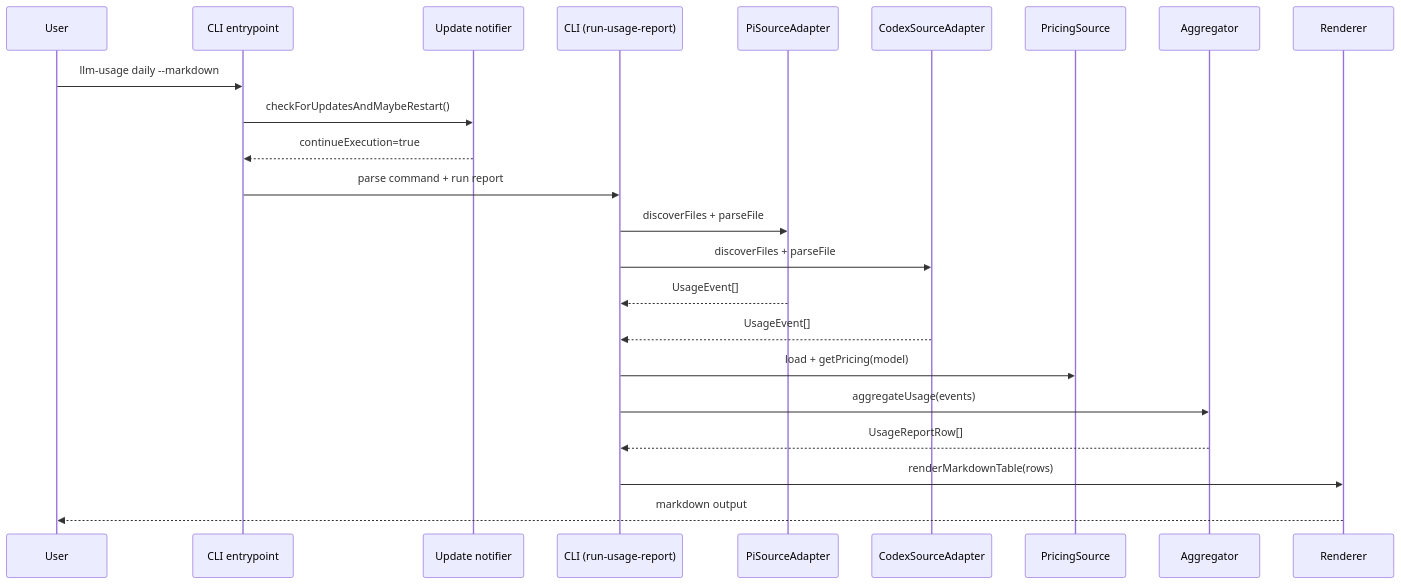
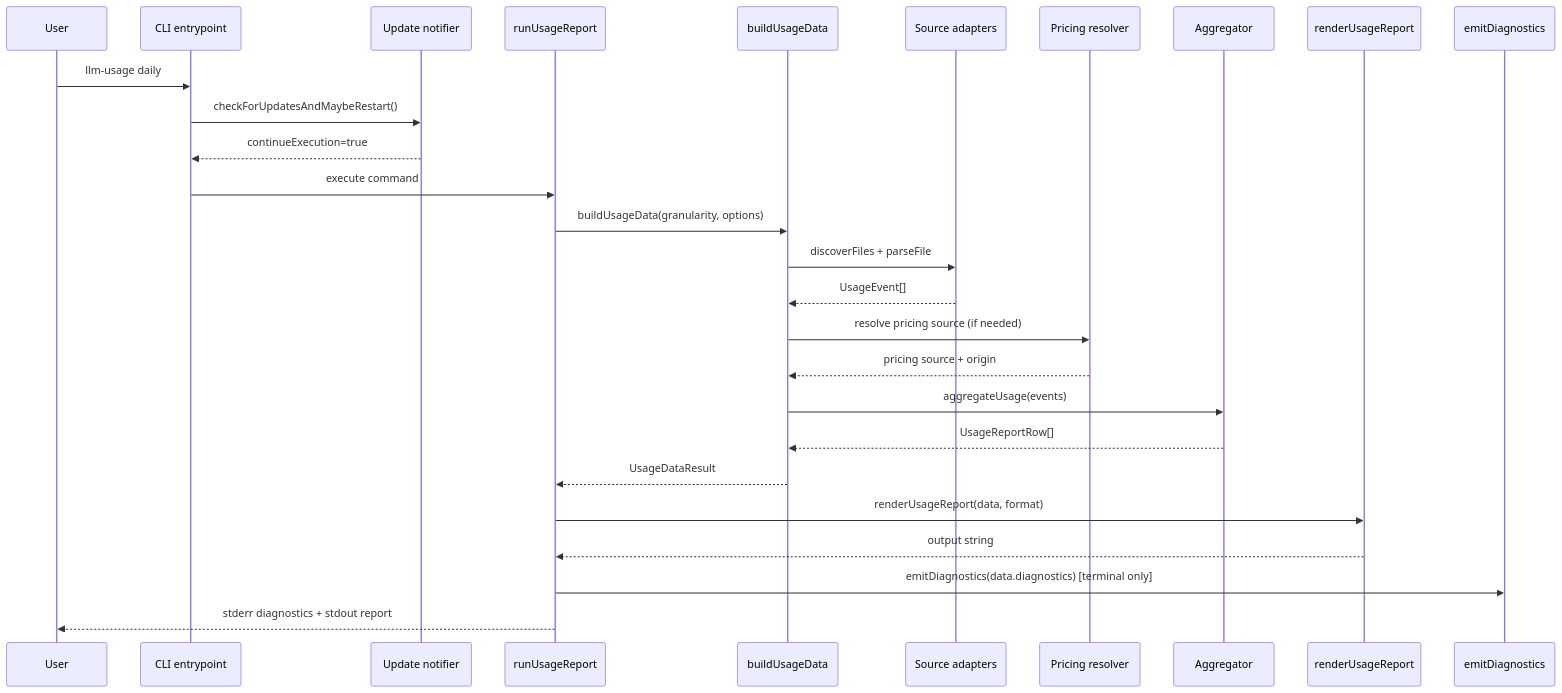
Before and after one commit to ben-vargas/ai-llm-usage-metrics: the second of 3 diagrams in docs/architecture.md, drawn with Mermaid. The commit also changed other lines of this file and 6 other files, not shown here.

Commit message:
docs(reporting): refresh user docs and diagrams

````diff
--- a/docs/architecture.md
+++ b/docs/architecture.md
@@ -30,26 +38,30 @@
 ```mermaid
 sequenceDiagram
     participant User
     participant Entry as CLI entrypoint
     participant UP as Update notifier
-    participant CLI as CLI (run-usage-report)
-    participant PI as PiSourceAdapter
-    participant CX as CodexSourceAdapter
-    participant PR as PricingSource
+    participant CLI as runUsageReport
+    participant BLD as buildUsageData
+    participant ADP as Source adapters
+    participant PR as Pricing resolver
     participant AG as Aggregator
-    participant RD as Renderer
+    participant REN as renderUsageReport
+    participant EM as emitDiagnostics
 
-    User->>Entry: llm-usage daily --markdown
+    User->>Entry: llm-usage daily
     Entry->>UP: checkForUpdatesAndMaybeRestart()
     UP-->>Entry: continueExecution=true
-    Entry->>CLI: parse command + run report
-    CLI->>PI: discoverFiles + parseFile
-    CLI->>CX: discoverFiles + parseFile
-    PI-->>CLI: UsageEvent[]
-    CX-->>CLI: UsageEvent[]
-    CLI->>PR: load + getPricing(model)
-    CLI->>AG: aggregateUsage(events)
-    AG-->>CLI: UsageReportRow[]
-    CLI->>RD: renderMarkdownTable(rows)
-    RD-->>User: markdown output
+    Entry->>CLI: execute command
+    CLI->>BLD: buildUsageData(granularity, options)
+    BLD->>ADP: discoverFiles + parseFile
+    ADP-->>BLD: UsageEvent[]
+    BLD->>PR: resolve pricing source (if needed)
+    PR-->>BLD: pricing source + origin
+    BLD->>AG: aggregateUsage(events)
+    AG-->>BLD: UsageReportRow[]
+    BLD-->>CLI: UsageDataResult
+    CLI->>REN: renderUsageReport(data, format)
+    REN-->>CLI: output string
+    CLI->>EM: emitDiagnostics(data.diagnostics) [terminal only]
+    CLI-->>User: stderr diagnostics + stdout report
 ```
````
